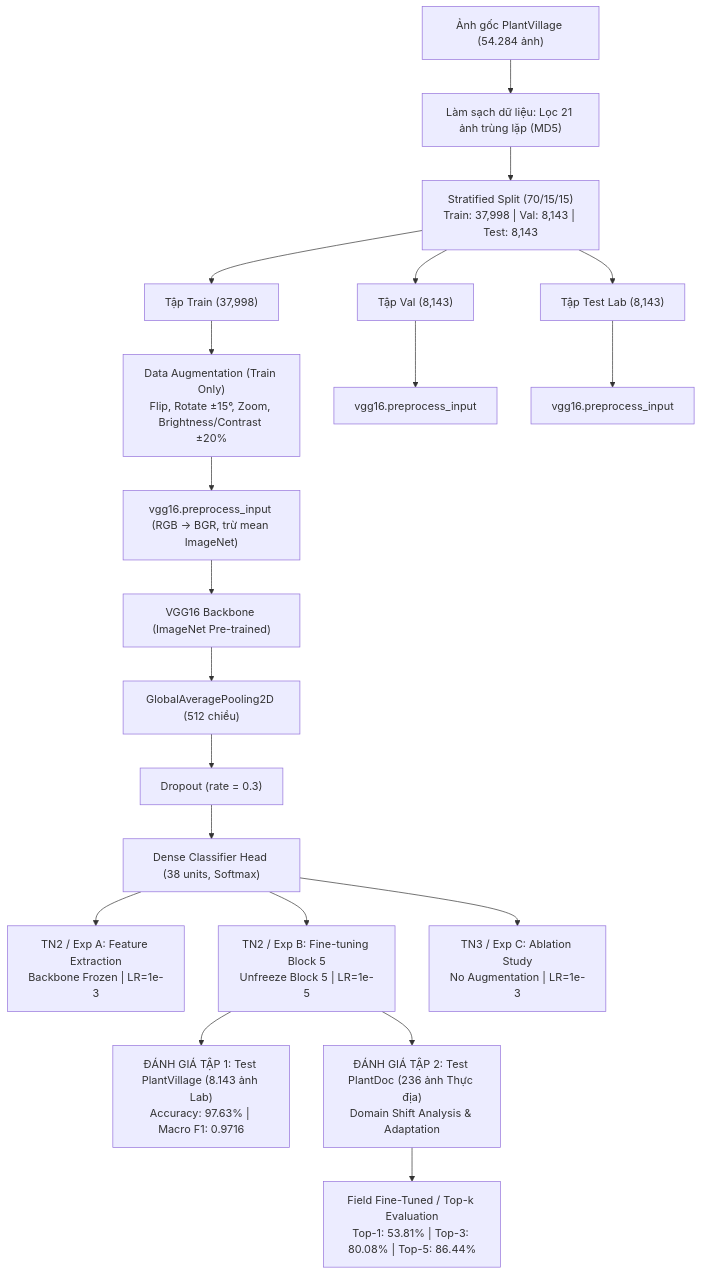
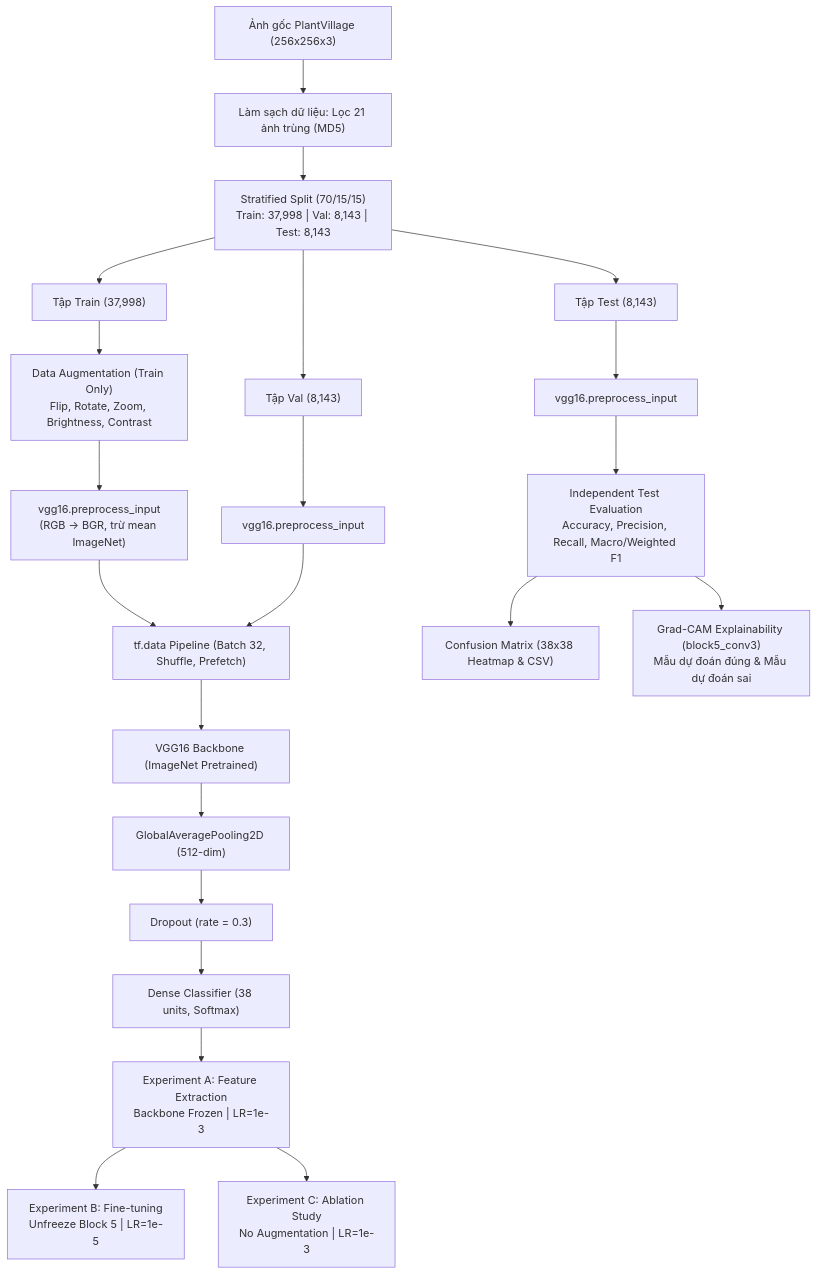
One commit to phamtuandat2005/plantvillage-plant-disease-classification changed the diagram in docs/_md/vgg16_transfer_learning_report.md. Above: the diagram before and after it, drawn with Mermaid.

Commit message:
docs: khoi phuc so do kien truc tong quan Mermaid ban dau

````diff
--- a/docs/_md/vgg16_transfer_learning_report.md
+++ b/docs/_md/vgg16_transfer_learning_report.md
@@ -15,26 +15,29 @@
 ```mermaid
 flowchart TD
-    A["Ảnh gốc PlantVillage (54.284 ảnh)"] --> B["Làm sạch dữ liệu: Lọc 21 ảnh trùng lặp (MD5)"]
+    A["Ảnh gốc PlantVillage (256x256x3)"] --> B["Làm sạch dữ liệu: Lọc 21 ảnh trùng (MD5)"]
     B --> C["Stratified Split (70/15/15)<br/>Train: 37,998 | Val: 8,143 | Test: 8,143"]
     C --> D1["Tập Train (37,998)"]
     C --> D2["Tập Val (8,143)"]
-    C --> D3["Tập Test Lab (8,143)"]
+    C --> D3["Tập Test (8,143)"]
     
-    D1 --> E1["Data Augmentation (Train Only)<br/>Flip, Rotate ±15°, Zoom, Brightness/Contrast ±20%"]
-    E1 --> F1["vgg16.preprocess_input (RGB -> BGR, trừ mean ImageNet)"]
+    D1 --> E1["Data Augmentation (Train Only)<br/>Flip, Rotate, Zoom, Brightness, Contrast"]
+    E1 --> F1["vgg16.preprocess_input<br/>(RGB -> BGR, trừ mean ImageNet)"]
     D2 --> F2["vgg16.preprocess_input"]
     D3 --> F3["vgg16.preprocess_input"]
     
-    F1 --> G["VGG16 Backbone (ImageNet Pre-trained)"]
-    G --> H["GlobalAveragePooling2D (512 chiều)"]
-    H --> I["Dropout (rate = 0.3)"]
-    I --> J["Dense Classifier Head (38 units, Softmax)"]
+    F1 --> G["tf.data Pipeline (Batch 32, Shuffle, Prefetch)"]
+    F2 --> G
     
-    J --> K1["TN2 / Exp A: Feature Extraction<br/>Backbone Frozen | LR=1e-3"]
-    J --> K2["TN2 / Exp B: Fine-tuning Block 5<br/>Unfreeze Block 5 | LR=1e-5"]
-    J --> K3["TN3 / Exp C: Ablation Study<br/>No Augmentation | LR=1e-3"]
+    G --> H["VGG16 Backbone (ImageNet Pretrained)"]
+    H --> I["GlobalAveragePooling2D (512-dim)"]
+    I --> J["Dropout (rate = 0.3)"]
+    J --> K["Dense Classifier (38 units, Softmax)"]
     
-    K2 --> L["ĐÁNH GIÁ TẬP 1: Test PlantVillage (8.143 ảnh Lab)<br/>Accuracy: 97.63% | Macro F1: 0.9716"]
-    K2 --> M["ĐÁNH GIÁ TẬP 2: Test PlantDoc (236 ảnh Thực địa)<br/>Domain Shift Analysis & Adaptation"]
-    M --> N["Field Fine-Tuned / Top-k Evaluation<br/>Top-1: 53.81% | Top-3: 80.08% | Top-5: 86.44%"]
+    K --> L1["Experiment A: Feature Extraction<br/>Backbone Frozen | LR=1e-3"]
+    L1 --> L2["Experiment B: Fine-tuning<br/>Unfreeze Block 5 | LR=1e-5"]
+    L1 --> L3["Experiment C: Ablation Study<br/>No Augmentation | LR=1e-3"]
+    
+    F3 --> M["Independent Test Evaluation<br/>Accuracy, Precision, Recall, Macro/Weighted F1"]
+    M --> N["Confusion Matrix (38x38 Heatmap & CSV)"]
+    M --> O["Grad-CAM Explainability (block5_conv3)<br/>Mẫu dự đoán đúng & Mẫu dự đoán sai"]
 ```
````
